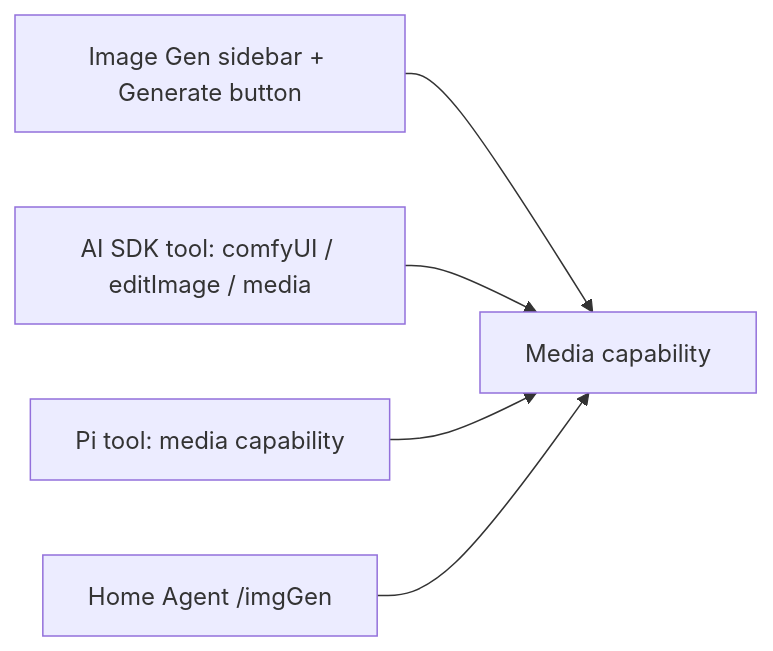
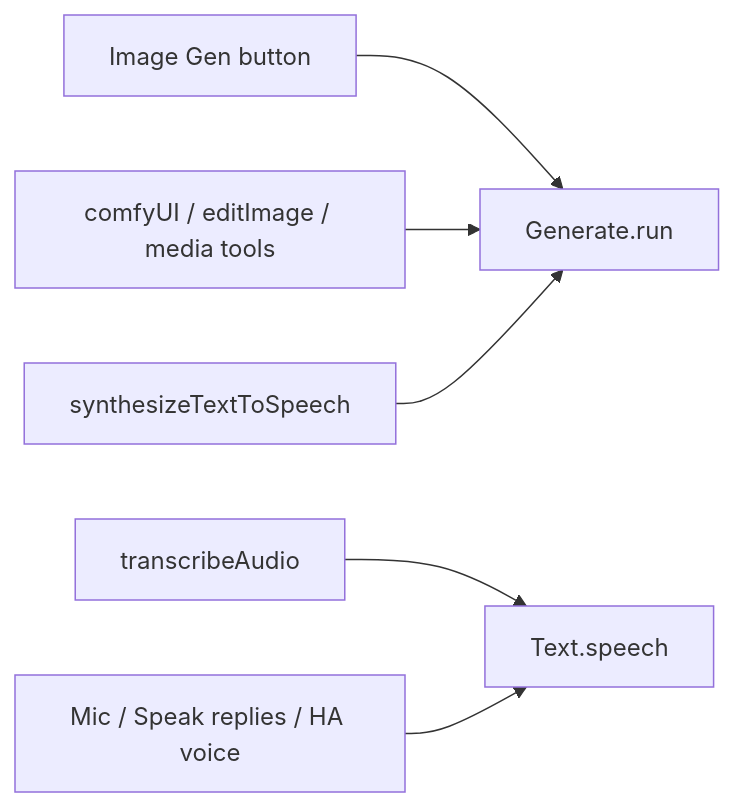
One commit to TNG/AI-Playground changed the third of 6 diagrams in docs/architecture-target.md. Above: the diagram before and after it, drawn with Mermaid. The commit also changed other lines of this file and 1 other file, not shown here.

First line of the commit message:
docs: split speech I/O from generate — folders follow role, not MIME type

````diff
--- a/docs/architecture-target.md
+++ b/docs/architecture-target.md
@@ -291,13 +326,16 @@
 ```mermaid
 flowchart LR
-  cap["Media capability"]
-  aisdk["AI SDK tool: comfyUI / editImage / media"]
-  pitool["Pi tool: media capability"]
-  form["Image Gen sidebar + Generate button"]
-  hacmd["Home Agent /imgGen"]
+  gen["Generate.run"]
+  speech["Text.speech"]
+  comfyTools["comfyUI / editImage / media tools"]
+  ttsTool["synthesizeTextToSpeech"]
+  sttTool["transcribeAudio"]
+  imgBtn["Image Gen button"]
+  mic["Mic / Speak replies / HA voice"]
 
-  form --> cap
-  aisdk --> cap
-  pitool --> cap
-  hacmd --> cap
+  imgBtn --> gen
+  comfyTools --> gen
+  ttsTool --> gen
+  sttTool --> speech
+  mic --> speech
 ```
````
